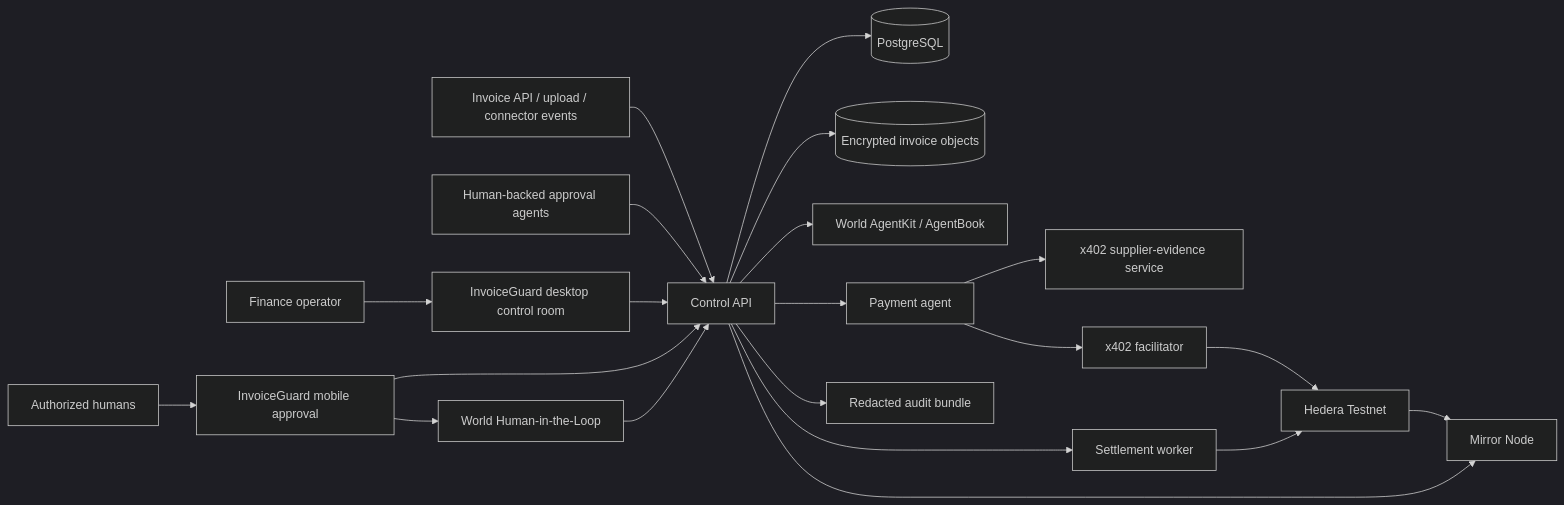
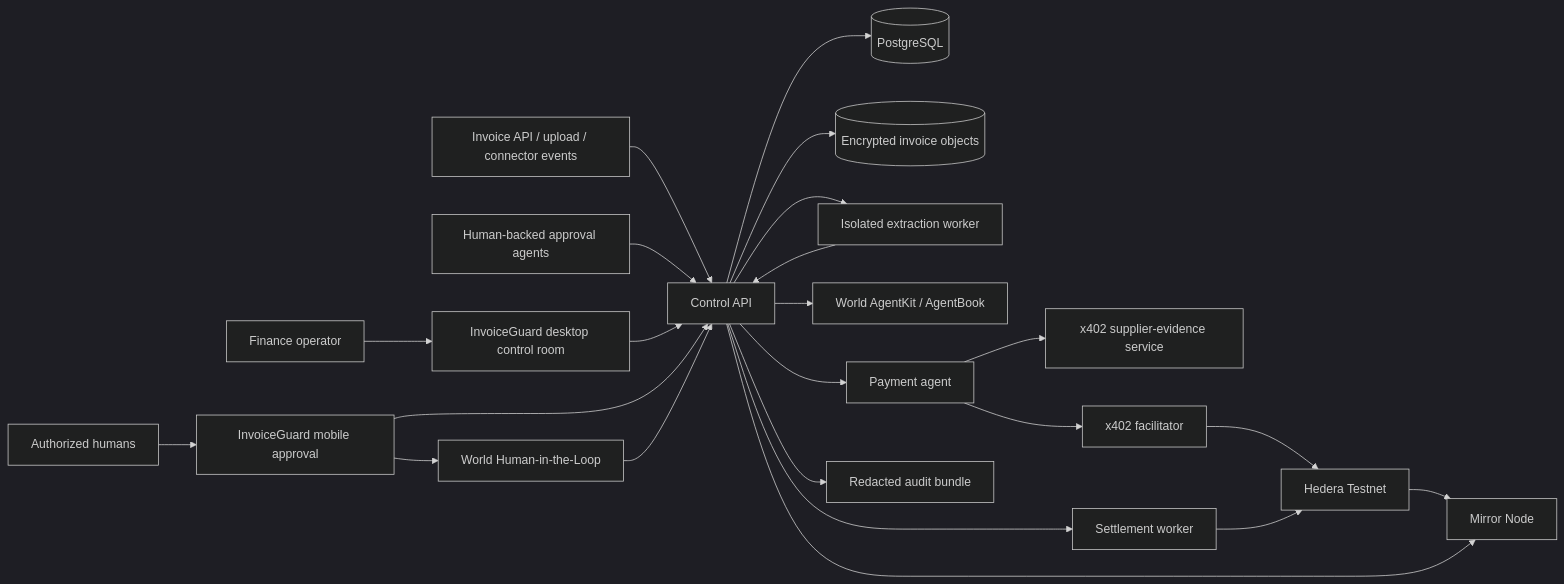
One commit to Lyons800/remit changed the first of 4 diagrams in docs/architecture/SYSTEM-ARCHITECTURE.md. Above: the diagram before and after it, drawn with Mermaid (dark theme). The commit also changed other lines of this file and 22 other files, not shown here.

Commit message:
docs(architecture): harden agentic invoice operations

````diff
--- a/docs/architecture/SYSTEM-ARCHITECTURE.md
+++ b/docs/architecture/SYSTEM-ARCHITECTURE.md
@@ -25,23 +25,25 @@
 ```mermaid
 flowchart LR
   Sources["Invoice API / upload / connector events"] --> API["Control API"]
   Operator["Finance operator"] --> Web["InvoiceGuard desktop control room"]
   Humans["Authorized humans"] --> Mobile["InvoiceGuard mobile approval"]
   Mobile --> WorldHITL["World Human-in-the-Loop"]
   Delegates["Human-backed approval agents"] --> API
   Web --> API
   Mobile --> API
   API --> DB[("PostgreSQL")]
   API --> Objects[("Encrypted invoice objects")]
+  API --> Extractor["Isolated extraction worker"]
+  Extractor --> API
   API --> World["World AgentKit / AgentBook"]
   WorldHITL --> API
   API --> Buyer["Payment agent"]
   Buyer --> Verifier["x402 supplier-evidence service"]
   Buyer --> Facilitator["x402 facilitator"]
   API --> Worker["Settlement worker"]
   Facilitator --> Hedera["Hedera Testnet"]
   Worker --> Hedera
   Hedera --> Mirror["Mirror Node"]
   API --> Mirror
   API --> Audit["Redacted audit bundle"]
 ```
````
